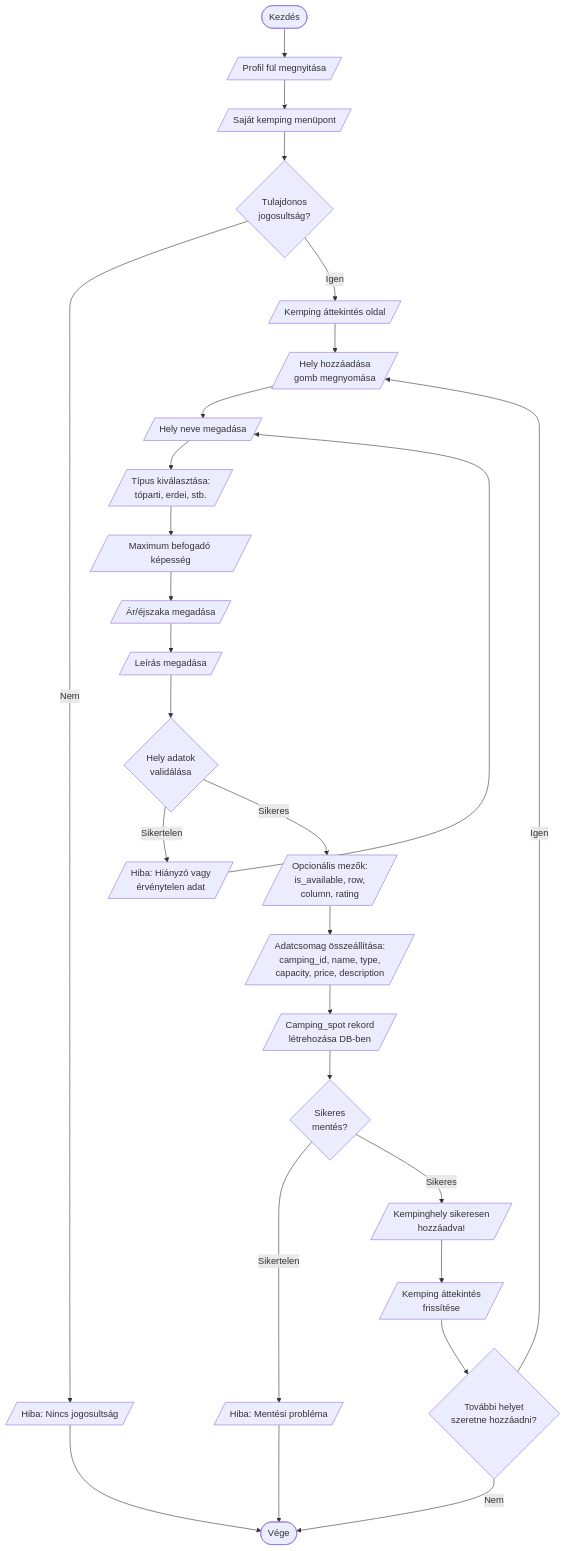
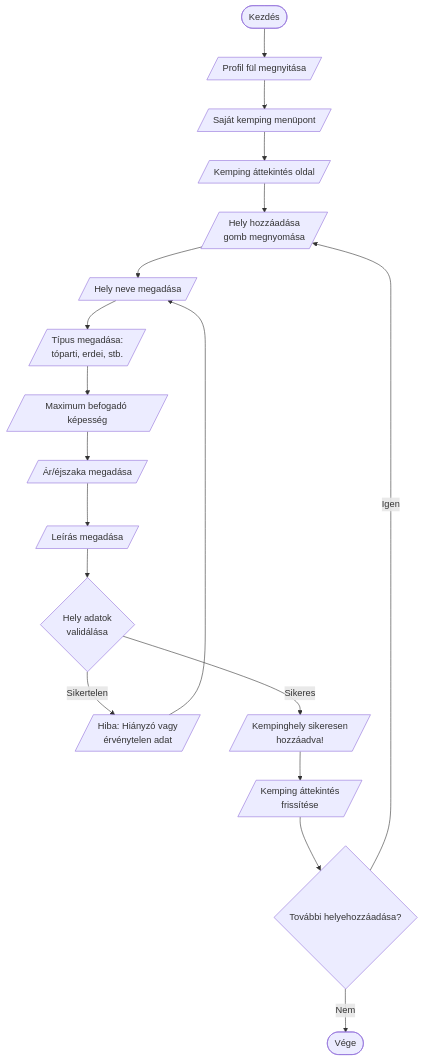
Before and after one commit to CsenkiGergely/13_S2_2_vizsgaremek: the diagram in Dokumentáció/fájlok/folyamatábrák/managing_campsite_spots_folyamat.mmd, drawn with Mermaid. The commit also changed 1 other file, not shown here.

Commit message:
Add booking flowchart and update campsite spot flow

```diff
--- a/Dokumentáció/fájlok/folyamatábrák/managing_campsite_spots_folyamat.mmd
+++ b/Dokumentáció/fájlok/folyamatábrák/managing_campsite_spots_folyamat.mmd
@@ -1,66 +1,22 @@
-flowchart TD
-    Start([Kezdés])
-    Profile[/Profil fül megnyitása/]
-    MyCamping[/Saját kemping menüpont/]
-    CheckOwner{Tulajdonos<br/>jogosultság?}
-    ErrorAuth[/Hiba: Nincs jogosultság/]
-    
-    CampingView[/Kemping áttekintés oldal/]
-    AddSpotButton[/Hely hozzáadása<br/>gomb megnyomása/]
-    
-    SpotName[/Hely neve megadása/]
-    SpotType[/Típus kiválasztása:<br/>tóparti, erdei, stb./]
-    Capacity[/Maximum befogadó képesség/]
-    Price[/Ár/éjszaka megadása/]
-    Description[/Leírás megadása/]
-    
-    ValidateSpot{Hely adatok<br/>validálása}
-    ErrorValidate[/Hiba: Hiányzó vagy<br/>érvénytelen adat/]
-    
-    OptionalFields[/Opcionális mezők:<br/>is_available, row,<br/>column, rating/]
-    
-    AssembleData[/Adatcsomag összeállítása:<br/>camping_id, name, type,<br/>capacity, price, description/]
-    
-    CreateSpot[/Camping_spot rekord<br/>létrehozása DB-ben/]
-    
-    CheckSave{Sikeres<br/>mentés?}
-    ErrorSave[/Hiba: Mentési probléma/]
-    
-    Success[/Kempinghely sikeresen<br/>hozzáadva!/]
-    UpdateView[/Kemping áttekintés<br/>frissítése/]
-    
-    AddMore{További helyet<br/>szeretne hozzáadni?}
-    End([Vége])
-    
-    Start --> Profile
-    Profile --> MyCamping
-    MyCamping --> CheckOwner
-    CheckOwner -->|Nem| ErrorAuth
-    CheckOwner -->|Igen| CampingView
-    ErrorAuth --> End
-    
-    CampingView --> AddSpotButton
-    AddSpotButton --> SpotName
-    
-    SpotName --> SpotType
-    SpotType --> Capacity
-    Capacity --> Price
-    Price --> Description
-    
-    Description --> ValidateSpot
-    ValidateSpot -->|Sikertelen| ErrorValidate
-    ValidateSpot -->|Sikeres| OptionalFields
+---
+config:
+  layout: dagre
+---
+flowchart TB
+    Start(["Kezdés"]) --> Profile[/"Profil fül megnyitása"/]
+    Profile --> MyCamping[/"Saját kemping menüpont"/]
+    CampingView[/"Kemping áttekintés oldal"/] --> AddSpotButton[/"Hely hozzáadása<br>gomb megnyomása"/]
+    AddSpotButton --> SpotName[/"Hely neve megadása"/]
+    SpotName --> SpotType[/"Típus megadása:<br>tóparti, erdei, stb."/]
+    SpotType --> Capacity[/"Maximum befogadó képesség"/]
+    Capacity --> Price[/"Ár/éjszaka megadása"/]
+    Price --> Description[/"Leírás megadása"/]
+    Description --> ValidateSpot{"Hely adatok<br>validálása"}
+    ValidateSpot -- Sikertelen --> ErrorValidate[/"Hiba: Hiányzó vagy<br>érvénytelen adat"/]
+    ValidateSpot -- Sikeres --> Success[/"Kempinghely sikeresen<br>hozzáadva!"/]
     ErrorValidate --> SpotName
-    
-    OptionalFields --> AssembleData
-    AssembleData --> CreateSpot
-    
-    CreateSpot --> CheckSave
-    CheckSave -->|Sikertelen| ErrorSave
-    CheckSave -->|Sikeres| Success
-    ErrorSave --> End
-    
-    Success --> UpdateView
-    UpdateView --> AddMore
-    AddMore -->|Igen| AddSpotButton
-    AddMore -->|Nem| End
+    Success --> UpdateView[/"Kemping áttekintés<br>frissítése"/]
+    UpdateView --> AddMore{"További helyehozzáadása?"}
+    AddMore -- Igen --> AddSpotButton
+    AddMore -- Nem --> End(["Vége"])
+    MyCamping --> CampingView
```
